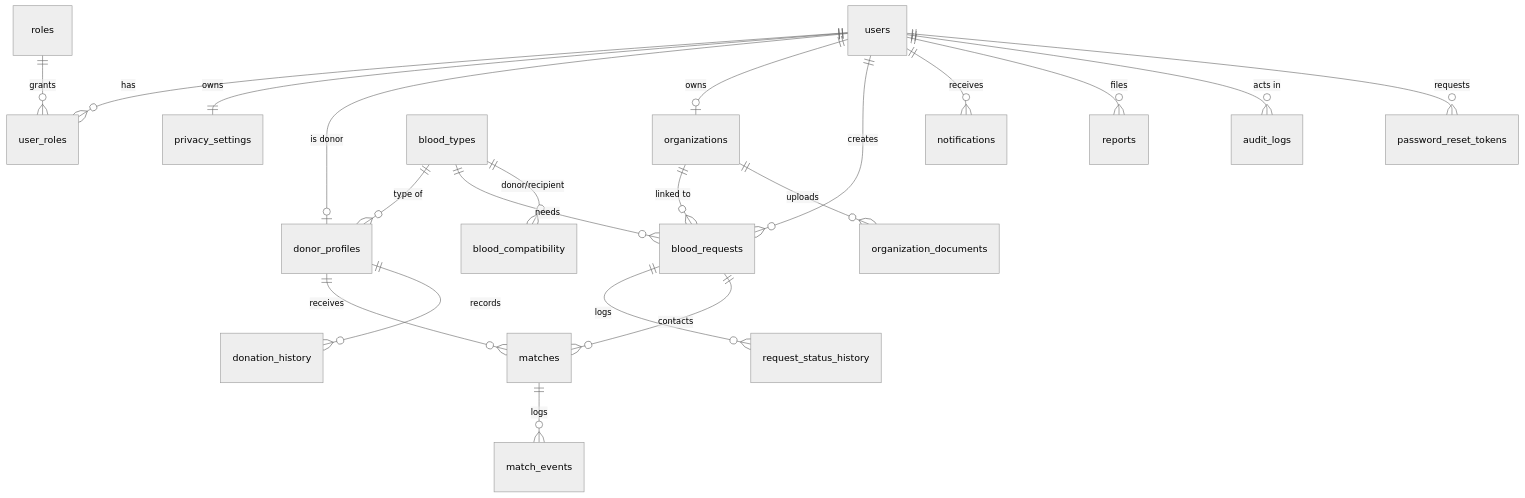
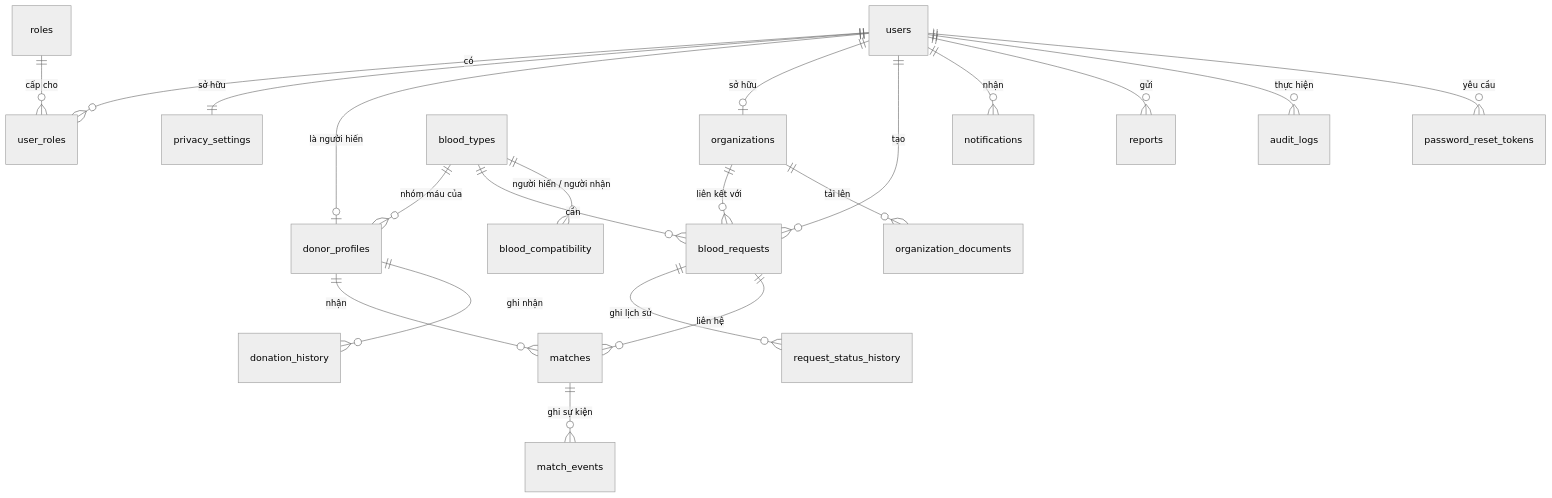
One commit to nhungoc260/lifely_demo changed the second of 9 diagrams in docs/ARCHITECTURE.md. Above: the diagram before and after it, drawn with Mermaid (neutral theme). The commit also changed other lines of this file, not shown here.

First line of the commit message:
Revise architecture and ERD sections with translations

````diff
--- a/docs/ARCHITECTURE.md
+++ b/docs/ARCHITECTURE.md
@@ -29,23 +29,23 @@
 ```mermaid
 erDiagram
-  users ||--o{ user_roles : has
-  roles ||--o{ user_roles : grants
-  users ||--|| privacy_settings : owns
-  users ||--o| donor_profiles : "is donor"
-  users ||--o| organizations : "owns"
-  blood_types ||--o{ donor_profiles : "type of"
-  blood_types ||--o{ blood_requests : "needs"
-  blood_types ||--o{ blood_compatibility : "donor/recipient"
-  users ||--o{ blood_requests : creates
-  organizations ||--o{ blood_requests : "linked to"
-  organizations ||--o{ organization_documents : uploads
-  blood_requests ||--o{ request_status_history : logs
-  blood_requests ||--o{ matches : "contacts"
-  donor_profiles ||--o{ matches : "receives"
-  matches ||--o{ match_events : logs
-  donor_profiles ||--o{ donation_history : records
-  users ||--o{ notifications : receives
-  users ||--o{ reports : files
-  users ||--o{ audit_logs : "acts in"
-  users ||--o{ password_reset_tokens : requests
+  users ||--o{ user_roles : "có"
+  roles ||--o{ user_roles : "cấp cho"
+  users ||--|| privacy_settings : "sở hữu"
+  users ||--o| donor_profiles : "là người hiến"
+  users ||--o| organizations : "sở hữu"
+  blood_types ||--o{ donor_profiles : "nhóm máu của"
+  blood_types ||--o{ blood_requests : "cần"
+  blood_types ||--o{ blood_compatibility : "người hiến / người nhận"
+  users ||--o{ blood_requests : "tạo"
+  organizations ||--o{ blood_requests : "liên kết với"
+  organizations ||--o{ organization_documents : "tải lên"
+  blood_requests ||--o{ request_status_history : "ghi lịch sử"
+  blood_requests ||--o{ matches : "liên hệ"
+  donor_profiles ||--o{ matches : "nhận"
+  matches ||--o{ match_events : "ghi sự kiện"
+  donor_profiles ||--o{ donation_history : "ghi nhận"
+  users ||--o{ notifications : "nhận"
+  users ||--o{ reports : "gửi"
+  users ||--o{ audit_logs : "thực hiện"
+  users ||--o{ password_reset_tokens : "yêu cầu"
 ```
````
